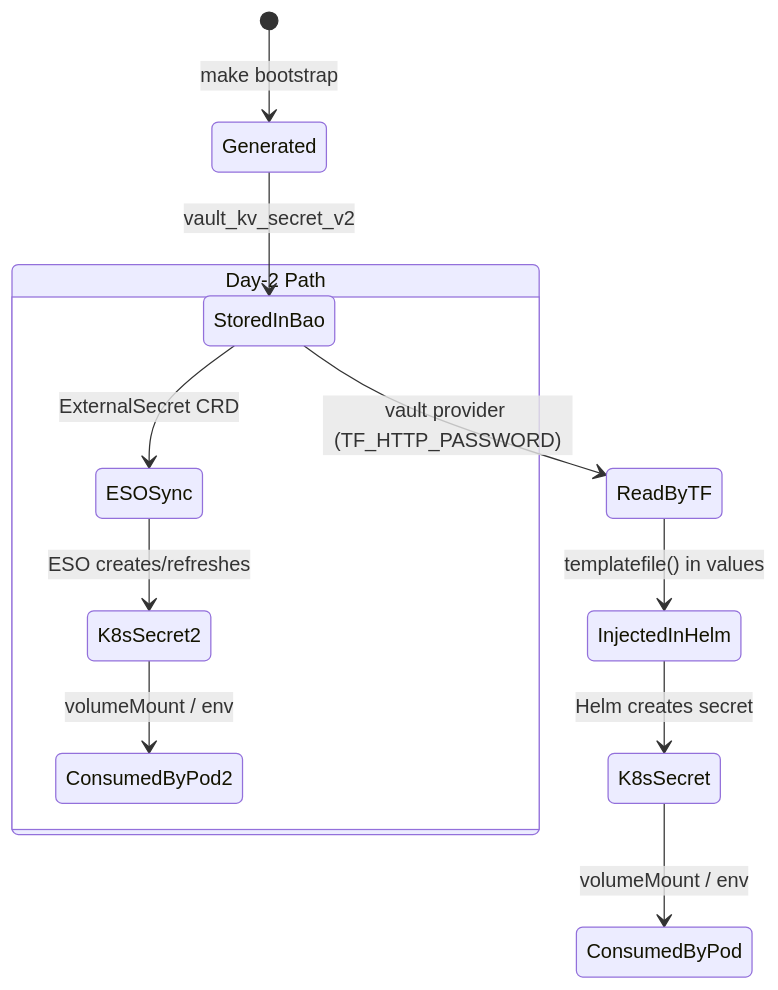
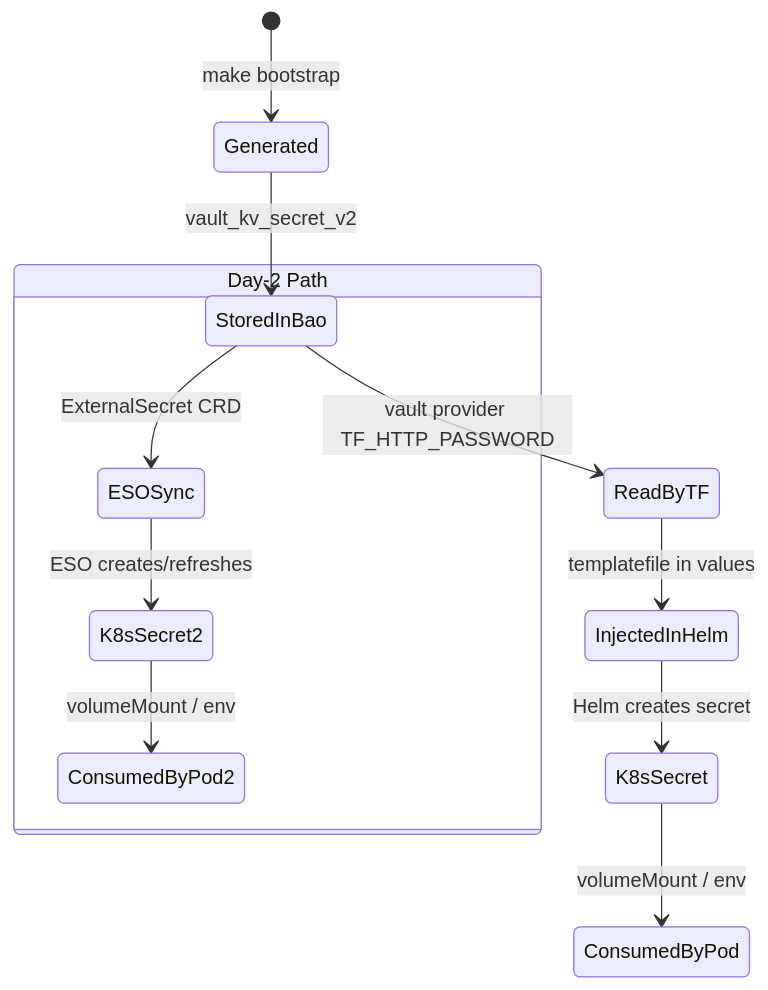
Diagram 12 of 14 in docs/design/001-hld-lld.md (Destynova2/st4ck), drawn with Mermaid before and after one commit. The commit also changed other lines of this file, not shown here.

First line of the commit message:
fix: repair Mermaid syntax and fill missing versions in design doc

````diff
--- a/docs/design/001-hld-lld.md
+++ b/docs/design/001-hld-lld.md
@@ -1103,15 +1103,15 @@
 ```mermaid
 stateDiagram-v2
     [*] --> Generated: make bootstrap
     Generated --> StoredInBao: vault_kv_secret_v2
-    StoredInBao --> ReadByTF: vault provider (TF_HTTP_PASSWORD)
-    ReadByTF --> InjectedInHelm: templatefile() in values
+    StoredInBao --> ReadByTF: vault provider TF_HTTP_PASSWORD
+    ReadByTF --> InjectedInHelm: templatefile in values
     InjectedInHelm --> K8sSecret: Helm creates secret
     K8sSecret --> ConsumedByPod: volumeMount / env
 
     state "Day-2 Path" as D2 {
         StoredInBao --> ESOSync: ExternalSecret CRD
         ESOSync --> K8sSecret2: ESO creates/refreshes
         K8sSecret2 --> ConsumedByPod2: volumeMount / env
     }
 ```
````
